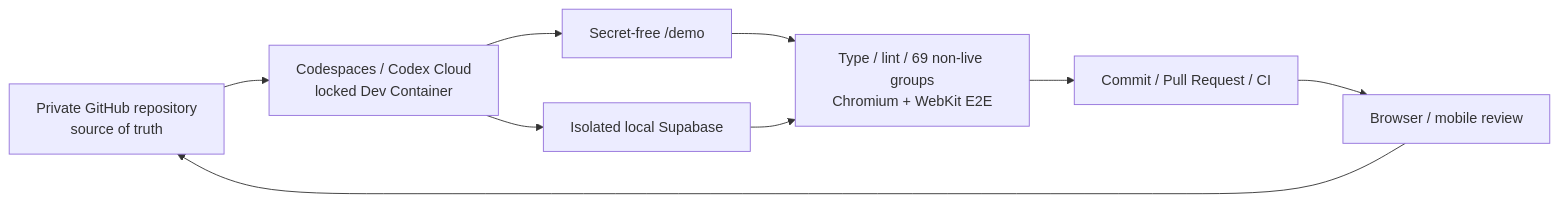
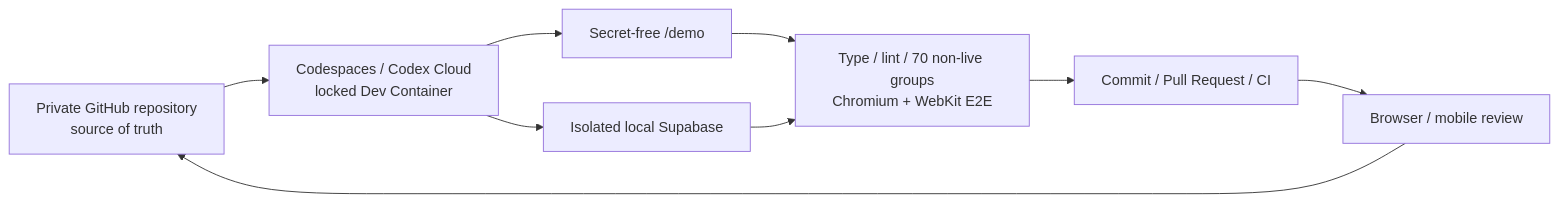
The first of 2 diagrams in README.md (genellect/compass-interactive), drawn with Mermaid before and after one commit. The commit also changed other lines of this file and 30 other files, not shown here.

````diff
--- a/README.md
+++ b/README.md
@@ -109,11 +109,11 @@
 ```mermaid
 flowchart LR
     GitHub["Private GitHub repository\nsource of truth"] --> Workspace["Codespaces / Codex Cloud\nlocked Dev Container"]
     Workspace --> Demo["Secret-free /demo"]
     Workspace --> Local["Isolated local Supabase"]
-    Demo --> Gate["Type / lint / 69 non-live groups\nChromium + WebKit E2E"]
+    Demo --> Gate["Type / lint / 70 non-live groups\nChromium + WebKit E2E"]
     Local --> Gate
     Gate --> PR["Commit / Pull Request / CI"]
     PR --> Review["Browser / mobile review"]
     Review --> GitHub
 ```
````
